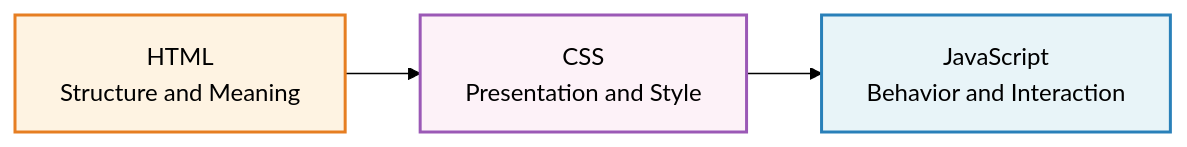
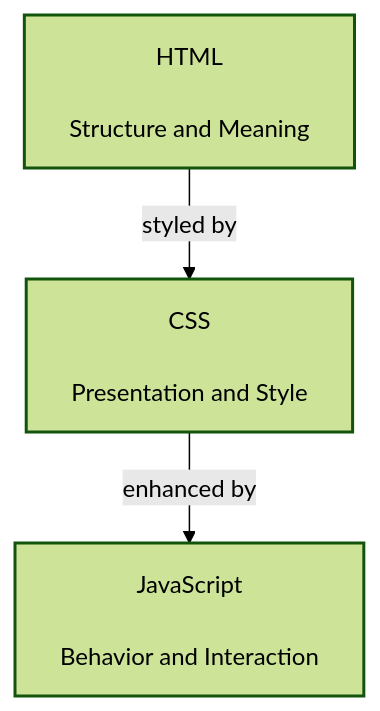
One commit to Kaleidosium/modern-html-and-css-for-artists changed the diagram in ch01-what-is-html.md. Above: the diagram before and after it, drawn with Mermaid (forest theme). The commit also changed other lines of this file and 10 other files, not shown here.

Commit message:
feat: enhance Mermaid diagram with theming improvements

````diff
--- a/ch01-what-is-html.md
+++ b/ch01-what-is-html.md
@@ -16,12 +16,15 @@
 ```mermaid
-graph LR
-    HTML["HTML<br/>Structure and Meaning"]
-    CSS["CSS<br/>Presentation and Style"]
-    JS["JavaScript<br/>Behavior and Interaction"]
+graph TD
+    HTML["HTML<br/><br/>Structure and Meaning"]
+    CSS["CSS<br/><br/>Presentation and Style"]
+    JS["JavaScript<br/><br/>Behavior and Interaction"]
 
-    HTML --> CSS --> JS
+    HTML -->|"styled by"| CSS -->|"enhanced by"| JS
 
-    style HTML fill:#fef3e2,stroke:#e67e22,stroke-width:2px
-    style CSS fill:#fdf2f8,stroke:#9b59b6,stroke-width:2px
-    style JS fill:#e8f4f8,stroke:#2980b9,stroke-width:2px
+    class HTML libdoc-mermaid-warning
+    class CSS libdoc-mermaid-accent
+    class JS libdoc-mermaid-info
+    style HTML stroke-width:2px
+    style CSS stroke-width:2px
+    style JS stroke-width:2px
 ```
````
